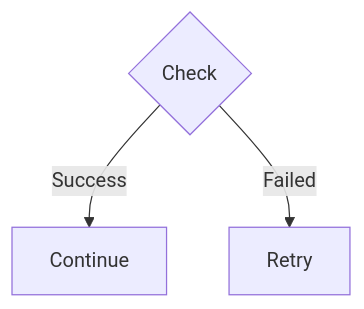
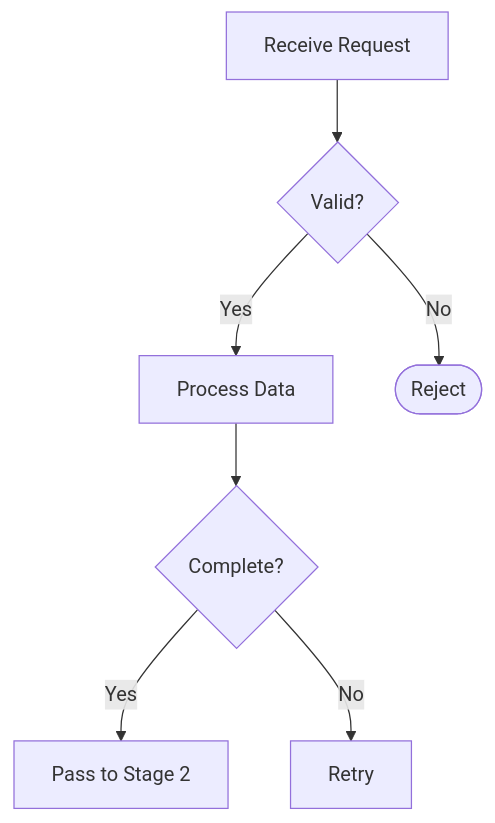
Before and after one commit to borealBytes/startup-blueprint: diagram 12 of 34 in .github/MERMAID_STYLE_GUIDE.md, drawn with Mermaid. The commit also changed other lines of this file, not shown here.

Commit message:
docs: add comprehensive Mermaid diagram style guide

````diff
--- a/.github/MERMAID_STYLE_GUIDE.md
+++ b/.github/MERMAID_STYLE_GUIDE.md
@@ -123,5 +265,9 @@
 ```mermaid
 flowchart TB
-    A{Check} -->|Success| B[Continue]
-    A -->|Failed| C[Retry]
+    receive[Receive Request] --> validate{Valid?}
+    validate -->|Yes| process[Process Data]
+    validate -->|No| reject([Reject])
+    process --> check{Complete?}
+    check -->|Yes| pass_to_stage2[Pass to Stage 2]
+    check -->|No| retry[Retry]
 ```
````
